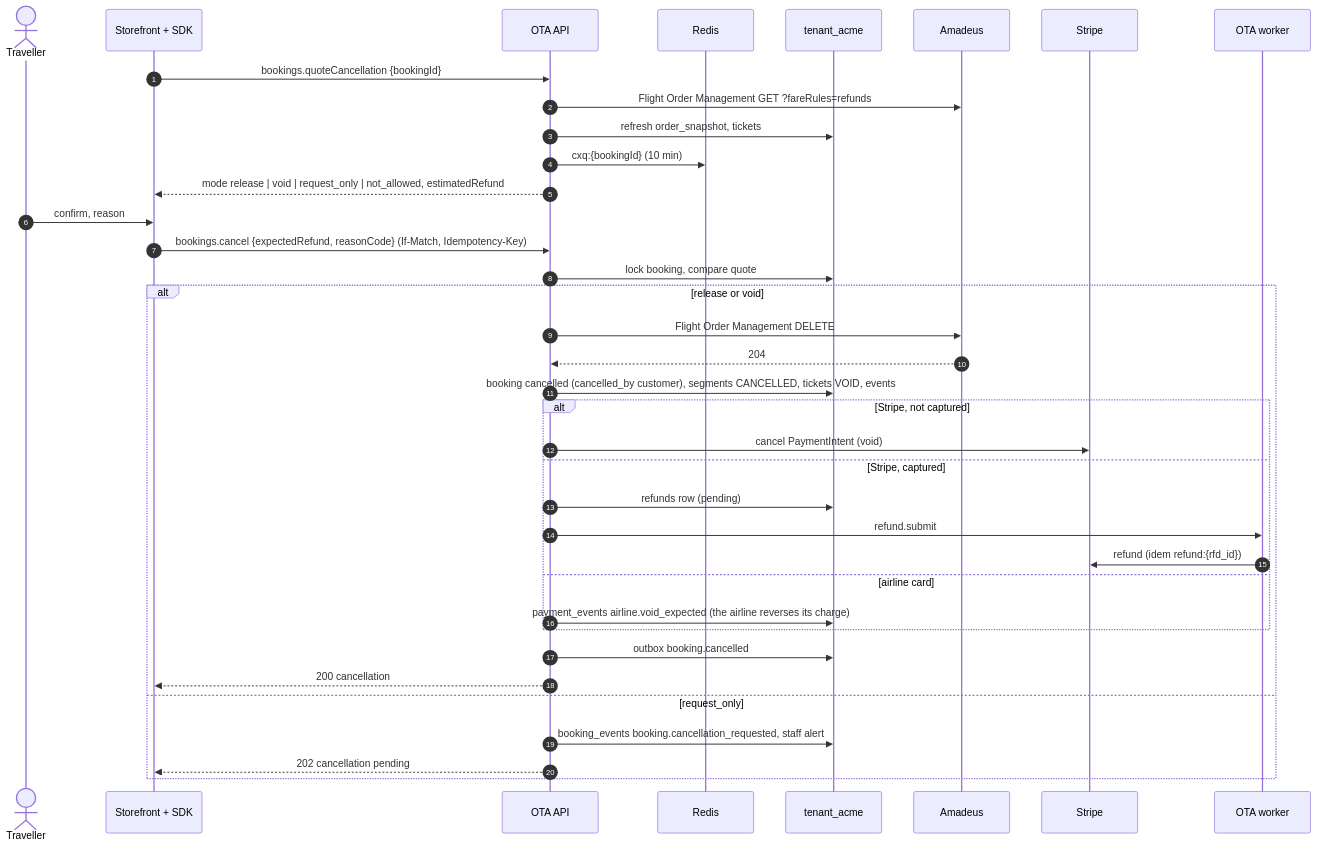
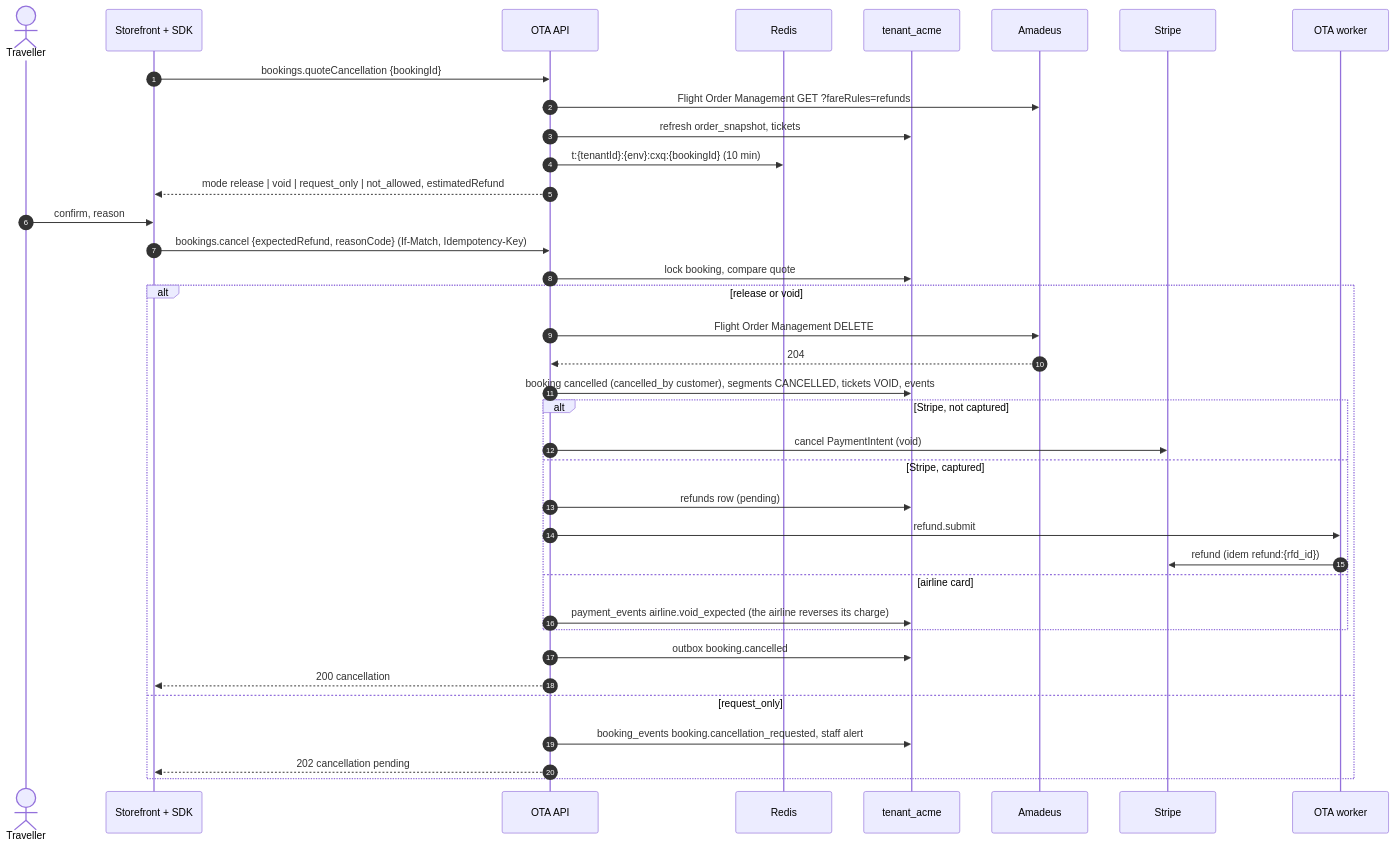
Before and after one commit to bhagwati-prasad/velexis-ota: the second of 2 diagrams in ota/docs/flows/change-and-cancel.md, drawn with Mermaid. The commit also changed 24 other files, not shown here.

````diff
--- a/ota/docs/flows/change-and-cancel.md
+++ b/ota/docs/flows/change-and-cancel.md
@@ -36,40 +36,40 @@
 ```mermaid
 sequenceDiagram
   autonumber
   actor T as Traveller
   participant B as Storefront + SDK
   participant O as OTA API
   participant R as Redis
   participant D as tenant_acme
   participant A as Amadeus
   participant S as Stripe
   participant W as OTA worker
 
   B->>O: bookings.quoteCancellation {bookingId}
   O->>A: Flight Order Management GET ?fareRules=refunds
   O->>D: refresh order_snapshot, tickets
-  O->>R: cxq:{bookingId} (10 min)
+  O->>R: t:{tenantId}:{env}:cxq:{bookingId} (10 min)
   O-->>B: mode release | void | request_only | not_allowed, estimatedRefund
   T->>B: confirm, reason
   B->>O: bookings.cancel {expectedRefund, reasonCode} (If-Match, Idempotency-Key)
   O->>D: lock booking, compare quote
   alt release or void
     O->>A: Flight Order Management DELETE
     A-->>O: 204
     O->>D: booking cancelled (cancelled_by customer), segments CANCELLED, tickets VOID, events
     alt Stripe, not captured
       O->>S: cancel PaymentIntent (void)
     else Stripe, captured
       O->>D: refunds row (pending)
       O->>W: refund.submit
       W->>S: refund (idem refund:{rfd_id})
     else airline card
       O->>D: payment_events airline.void_expected (the airline reverses its charge)
     end
     O->>D: outbox booking.cancelled
     O-->>B: 200 cancellation
   else request_only
     O->>D: booking_events booking.cancellation_requested, staff alert
     O-->>B: 202 cancellation pending
   end
 ```
````
